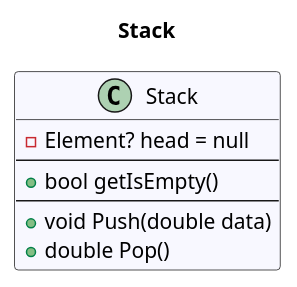
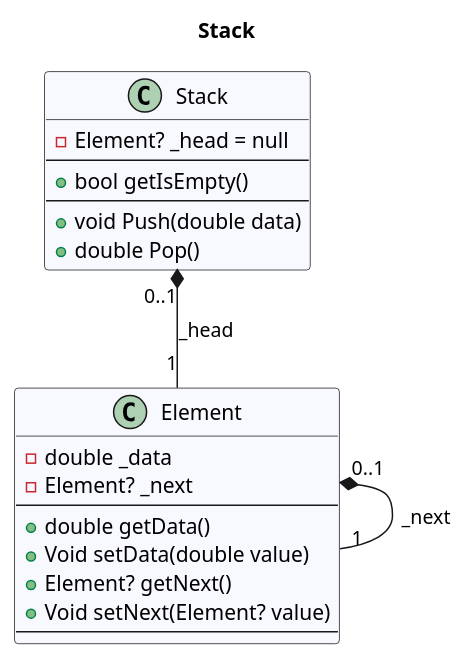
One commit to leoggehrer/2324-34_ABIF_ACIF_POSE changed the diagram in UPNCalculator.ConApp/diagrams/cd_Stack.puml. Above: the diagram before and after it, drawn with PlantUML. The commit also changed 57 other files, not shown here.

Commit message:
Added UPNCalculator diagrams and documentation.

```diff
--- a/UPNCalculator.ConApp/diagrams/cd_Stack.puml
+++ b/UPNCalculator.ConApp/diagrams/cd_Stack.puml
@@ -1,11 +1,23 @@
 @startuml Stack
 title Stack
- class Stack #GhostWhite {
-- Element? head = null
+class Stack #GhostWhite {
+- Element? _head = null
 ---
 + bool getIsEmpty()
 ---
 + void Push(double data)
 + double Pop()
 }
+class Element #GhostWhite {
+- double _data
+- Element? _next
+---
++ double getData()
++ Void setData(double value)
++ Element? getNext()
++ Void setNext(Element? value)
+---
+}
+Stack "0..1" *-- "1" Element : _head
+Element "0..1" *-- "1" Element : _next
 @enduml
```
